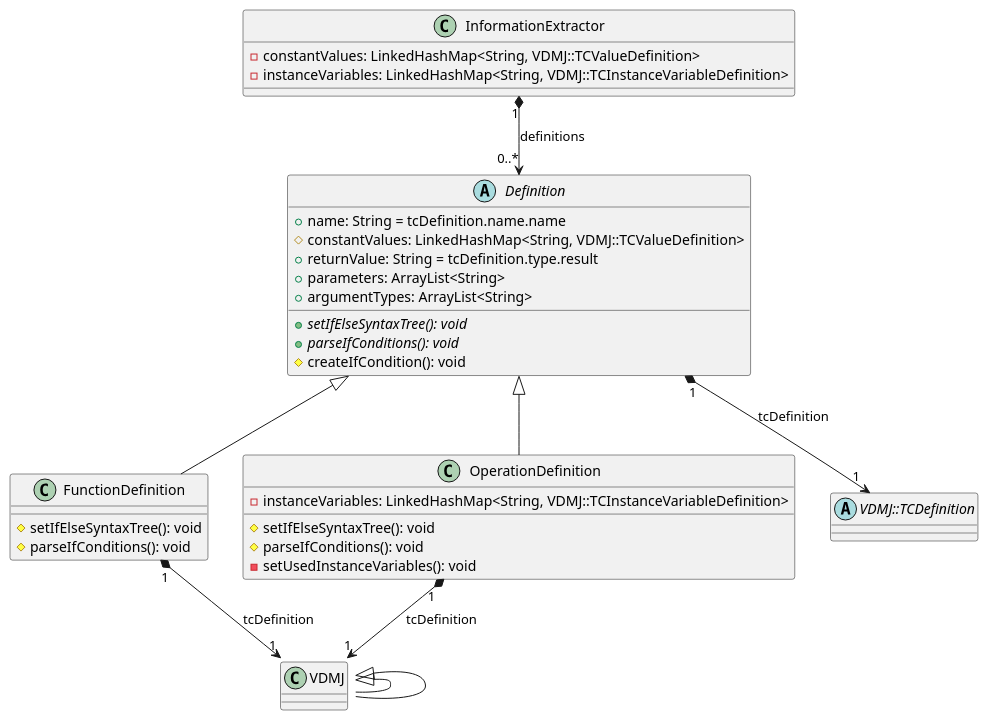
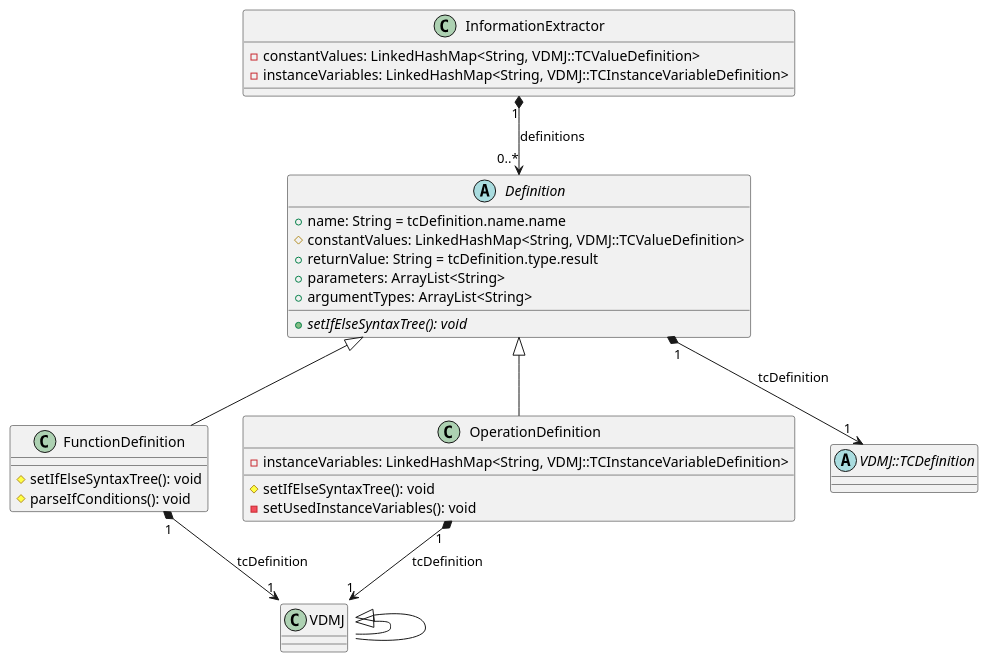
Before and after one commit to korosuke613/master-thesis: the diagram in figs/Definition.wsd, drawn with PlantUML. The commit also changed 1 other file, not shown here.

Commit message:
クラス図の修正

```diff
--- a/figs/Definition.wsd
+++ b/figs/Definition.wsd
@@ -1,48 +1,45 @@
 @startuml Definition
 
 class InformationExtractor{
      - constantValues: LinkedHashMap<String, VDMJ::TCValueDefinition>
      - instanceVariables: LinkedHashMap<String, VDMJ::TCInstanceVariableDefinition>
 
 }
 
 abstract class Definition{
      + name: String = tcDefinition.name.name
      # constantValues: LinkedHashMap<String, VDMJ::TCValueDefinition>
      + returnValue: String = tcDefinition.type.result
      + parameters: ArrayList<String>
      + argumentTypes: ArrayList<String>
      + {abstract} setIfElseSyntaxTree(): void
-     + {abstract} parseIfConditions(): void
-     # createIfCondition(): void
 }
 
 class FunctionDefinition{
      # setIfElseSyntaxTree(): void
      # parseIfConditions(): void
 }
 
 class OperationDefinition{
      - instanceVariables: LinkedHashMap<String, VDMJ::TCInstanceVariableDefinition>
      # setIfElseSyntaxTree(): void
-     # parseIfConditions(): void
      - setUsedInstanceVariables(): void
 }
 'note left: tcDefinition->oclIsTypeOf(TCExplicitOperationDefinition)
 
 ' left to right direction
 VDMJ::TCDefinition <|-- VDMJ::TCExplicitFunctionDefinition
 VDMJ::TCDefinition <|-- VDMJ::TCExplicitOperationDefinition
 
 abstract class VDMJ::TCDefinition
 
 Definition "1" *--> "1" VDMJ::TCDefinition: tcDefinition
 Definition <|-- FunctionDefinition
 Definition <|-- OperationDefinition
 
 FunctionDefinition "1" *--> "1" VDMJ::TCExplicitFunctionDefinition: tcDefinition
 OperationDefinition "1" *--> "1" VDMJ::TCExplicitOperationDefinition: tcDefinition
 
 InformationExtractor "1" *--> "0..*" Definition: definitions
 
 @enduml
```
